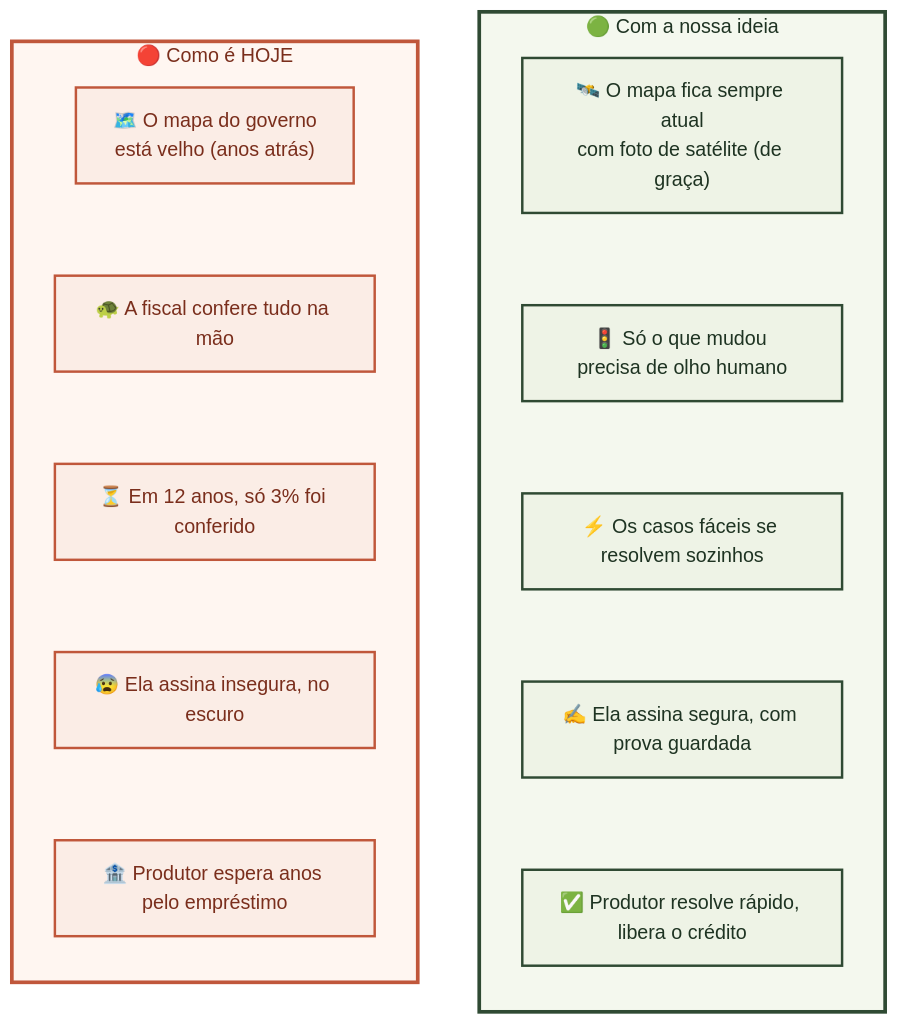
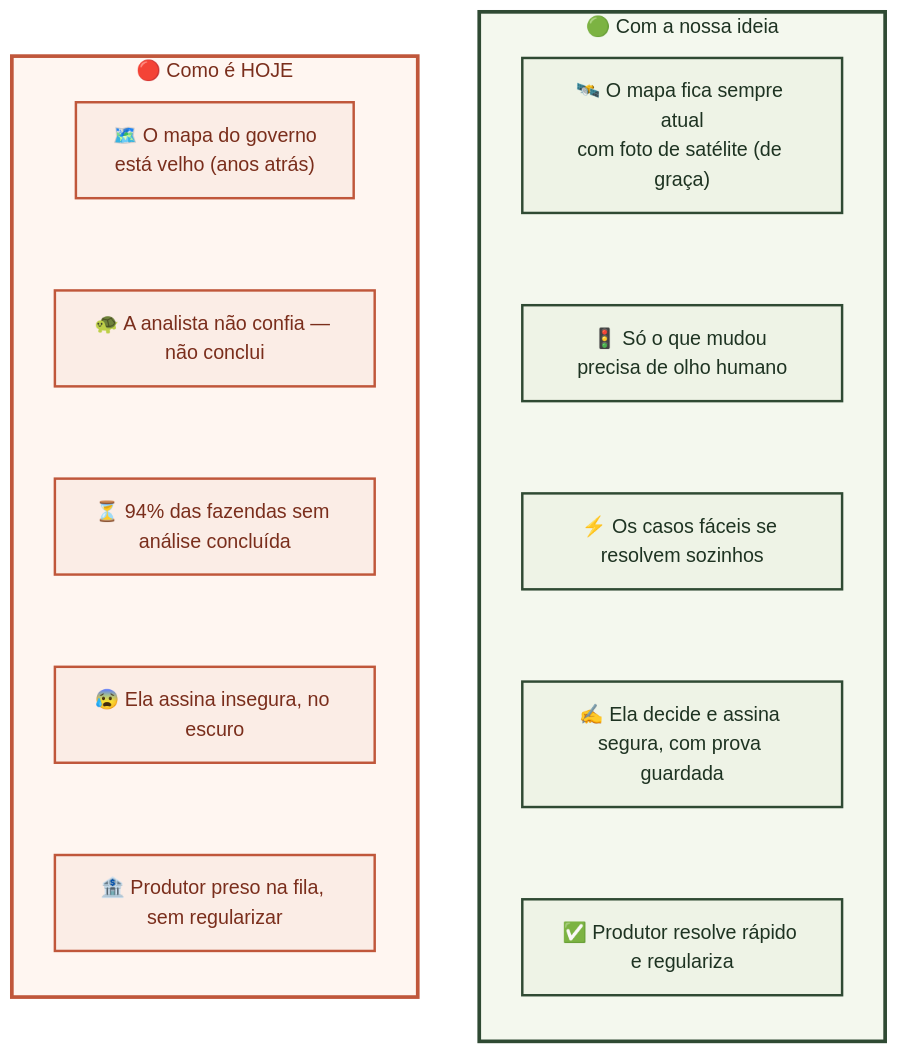
The diagram in diagrams/simples_03_comparativo.mmd (n0tjohnny/ruralistas-solucao), drawn with Mermaid (neutral theme) before and after one commit. The commit also changed 20 other files, not shown here.

```diff
--- a/diagrams/simples_03_comparativo.mmd
+++ b/diagrams/simples_03_comparativo.mmd
@@ -1,27 +1,27 @@
 flowchart LR
     subgraph HOJE["🔴 Como é HOJE"]
         direction TB
         H1["🗺️ O mapa do governo<br/>está velho (anos atrás)"]
-        H2["🐢 A fiscal confere tudo na mão"]
-        H3["⏳ Em 12 anos, só 3% foi conferido"]
+        H2["🐢 A analista não confia — não conclui"]
+        H3["⏳ 94% das fazendas sem análise concluída"]
         H4["😰 Ela assina insegura, no escuro"]
-        H5["🏦 Produtor espera anos pelo empréstimo"]
+        H5["🏦 Produtor preso na fila, sem regularizar"]
         H1 ~~~ H2 ~~~ H3 ~~~ H4 ~~~ H5
     end
     subgraph NOVO["🟢 Com a nossa ideia"]
         direction TB
         N1["🛰️ O mapa fica sempre atual<br/>com foto de satélite (de graça)"]
         N2["🚦 Só o que mudou precisa de olho humano"]
         N3["⚡ Os casos fáceis se resolvem sozinhos"]
-        N4["✍️ Ela assina segura, com prova guardada"]
-        N5["✅ Produtor resolve rápido, libera o crédito"]
+        N4["✍️ Ela decide e assina segura, com prova guardada"]
+        N5["✅ Produtor resolve rápido e regulariza"]
         N1 ~~~ N2 ~~~ N3 ~~~ N4 ~~~ N5
     end
     HOJE ~~~ NOVO
 
     classDef hoje fill:#FBEDE6,stroke:#C0573B,stroke-width:2px,color:#7A2E1C
     classDef novo fill:#EEF3E6,stroke:#2F4A33,stroke-width:2px,color:#1E3322
     class H1,H2,H3,H4,H5 hoje
     class N1,N2,N3,N4,N5 novo
     style HOJE fill:#FFF6F1,stroke:#C0573B,stroke-width:3px,color:#7A2E1C
     style NOVO fill:#F4F8EE,stroke:#2F4A33,stroke-width:3px,color:#1E3322
```
